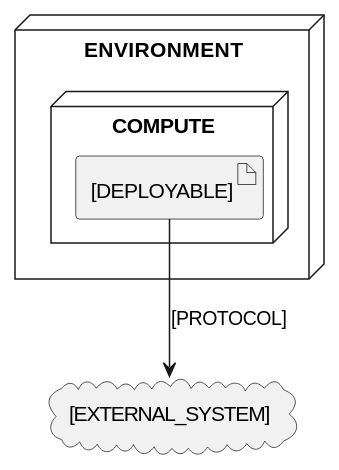
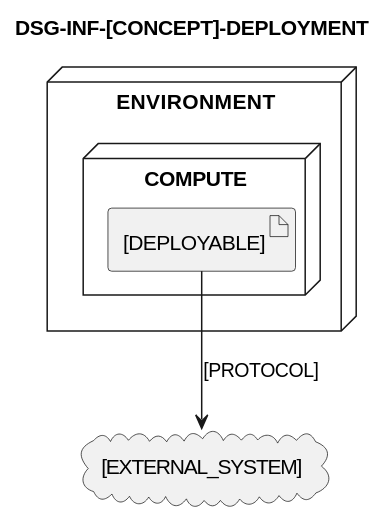
Before and after one commit to ruifrvaz/smaqit: the diagram in templates/designs/infrastructure.template.md, drawn with PlantUML. The commit also changed 9 other files, not shown here.

````diff
--- a/templates/designs/infrastructure.template.md
+++ b/templates/designs/infrastructure.template.md
@@ -21,11 +21,12 @@
 ```plantuml
 @startuml
+title DSG-INF-[CONCEPT]-DEPLOYMENT
 node "[ENVIRONMENT]" {
   node "[COMPUTE]" {
     artifact "[DEPLOYABLE]" as Deployable
   }
 }
 cloud "[EXTERNAL_SYSTEM]" as External
 Deployable --> External : [PROTOCOL]
 @enduml
 ```
````
